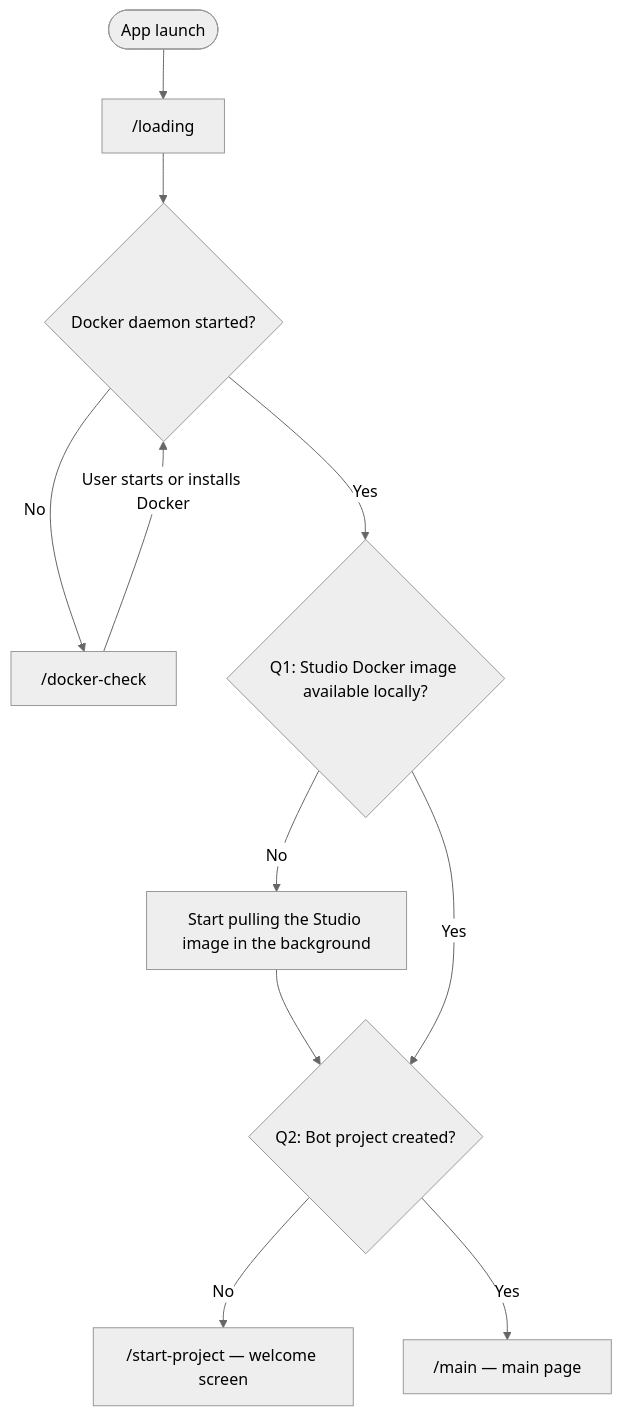
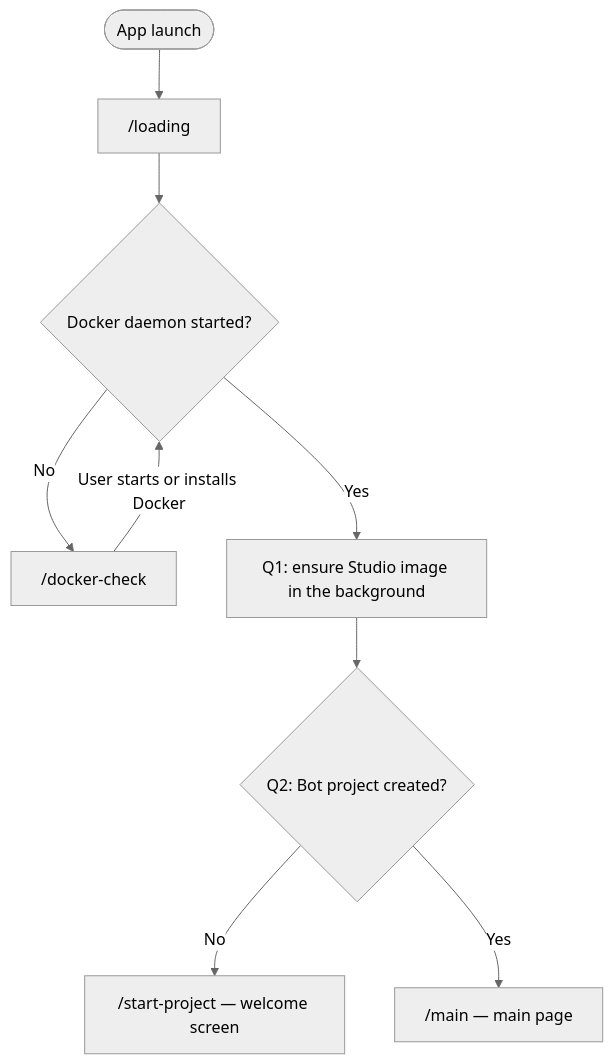
The diagram in DEVELOPMENT.md (lugobots/studio-v3), drawn with Mermaid (neutral theme) before and after one commit. The commit also changed other lines of this file and 11 other files, not shown here.

Commit message:
Wire the startup sequencer so launch runs Docker, Q1, and Q2 without dummy Continue buttons.

````diff
--- a/DEVELOPMENT.md
+++ b/DEVELOPMENT.md
@@ -23,13 +23,11 @@
 ```mermaid
 flowchart TD
   Start([App launch]) --> Loading["/loading"]
   Loading --> DockerStarted{Docker daemon started?}
   DockerStarted -->|No| DockerCheck["/docker-check"]
   DockerCheck -->|User starts or installs Docker| DockerStarted
-  DockerStarted -->|Yes| Q1{Q1: Studio Docker image available locally?}
-  Q1 -->|No| Pull["Start pulling the Studio image in the background"]
-  Pull --> Q2
-  Q1 -->|Yes| Q2{Q2: Bot project created?}
+  DockerStarted -->|Yes| Q1[Q1: ensure Studio image in the background]
+  Q1 --> Q2{Q2: Bot project created?}
   Q2 -->|No| Welcome["/start-project — welcome screen"]
   Q2 -->|Yes| Main["/main — main page"]
 ```
````
